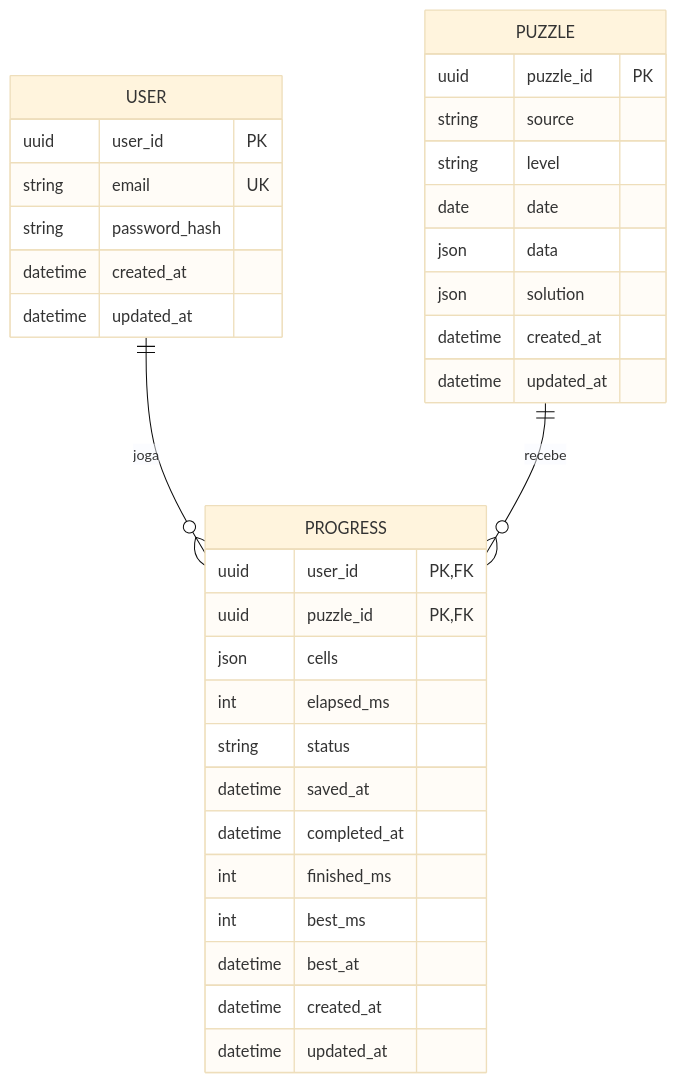
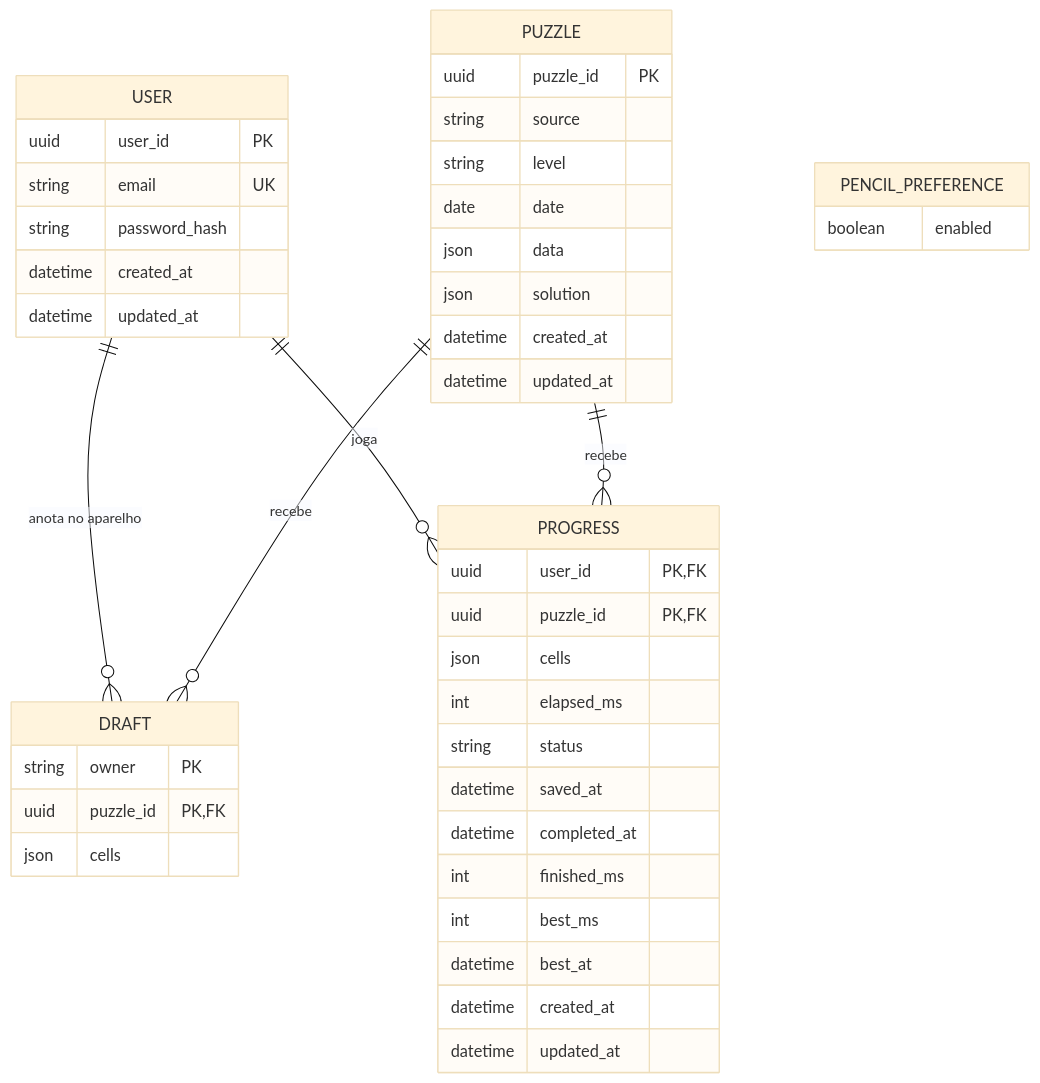
The diagram in docs/entity-relationship-diagrams/ERD-003-progresso-usuario-puzzle.md (BrunoYTanaka/cruzadinha), drawn with Mermaid (base theme) before and after one commit. The commit also changed 11 other files, not shown here.

````diff
--- a/docs/entity-relationship-diagrams/ERD-003-progresso-usuario-puzzle.md
+++ b/docs/entity-relationship-diagrams/ERD-003-progresso-usuario-puzzle.md
@@ -1,39 +1,51 @@
 ```mermaid
 erDiagram
     USER {
         uuid user_id PK
         string email UK
         string password_hash
         datetime created_at
         datetime updated_at
     }
 
     PUZZLE {
         uuid puzzle_id PK
         string source
         string level
         date date
         json data
         json solution
         datetime created_at
         datetime updated_at
     }
 
     PROGRESS {
         uuid user_id PK, FK
         uuid puzzle_id PK, FK
         json cells
         int elapsed_ms
         string status
         datetime saved_at
         datetime completed_at
         int finished_ms
         int best_ms
         datetime best_at
         datetime created_at
         datetime updated_at
     }
 
+    DRAFT {
+        string owner PK
+        uuid puzzle_id PK, FK
+        json cells
+    }
+
+    PENCIL_PREFERENCE {
+        boolean enabled
+    }
+
+    USER ||--o{ DRAFT : "anota no aparelho"
+    PUZZLE ||--o{ DRAFT : "recebe"
     USER ||--o{ PROGRESS : "joga"
     PUZZLE ||--o{ PROGRESS : "recebe"
 ```
````
